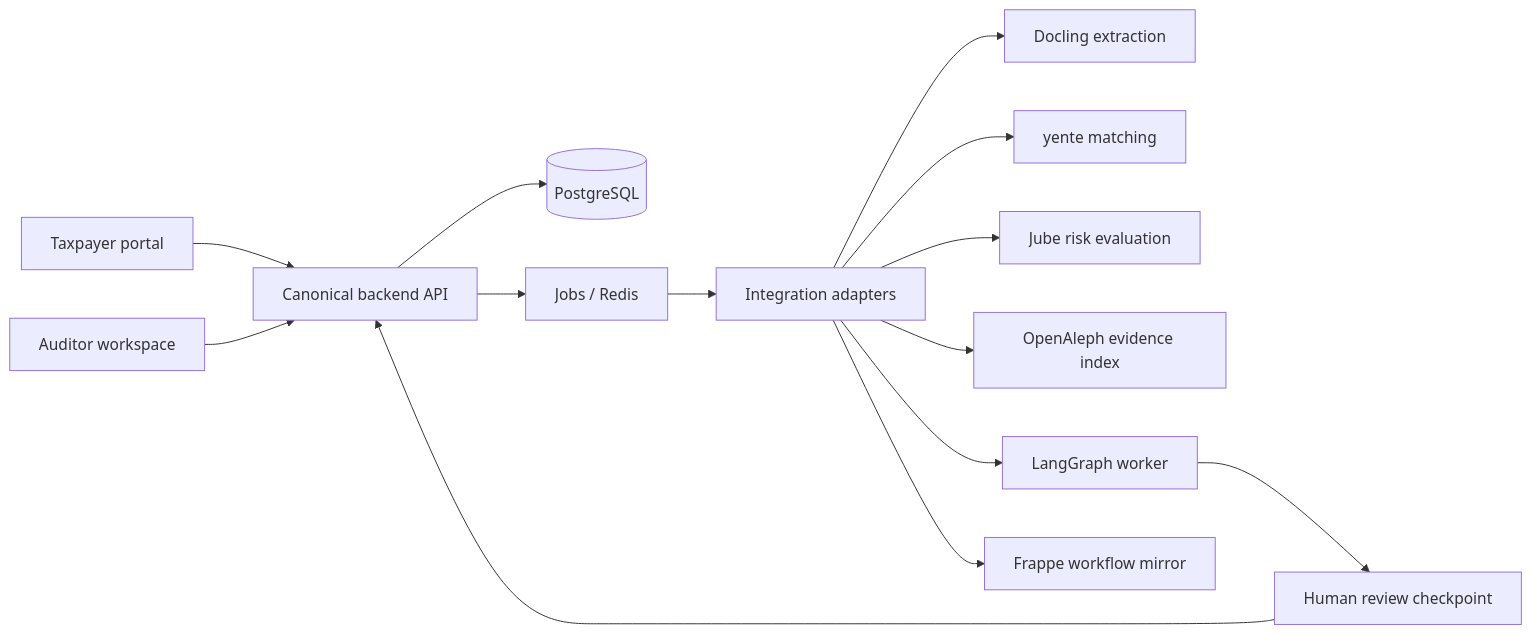
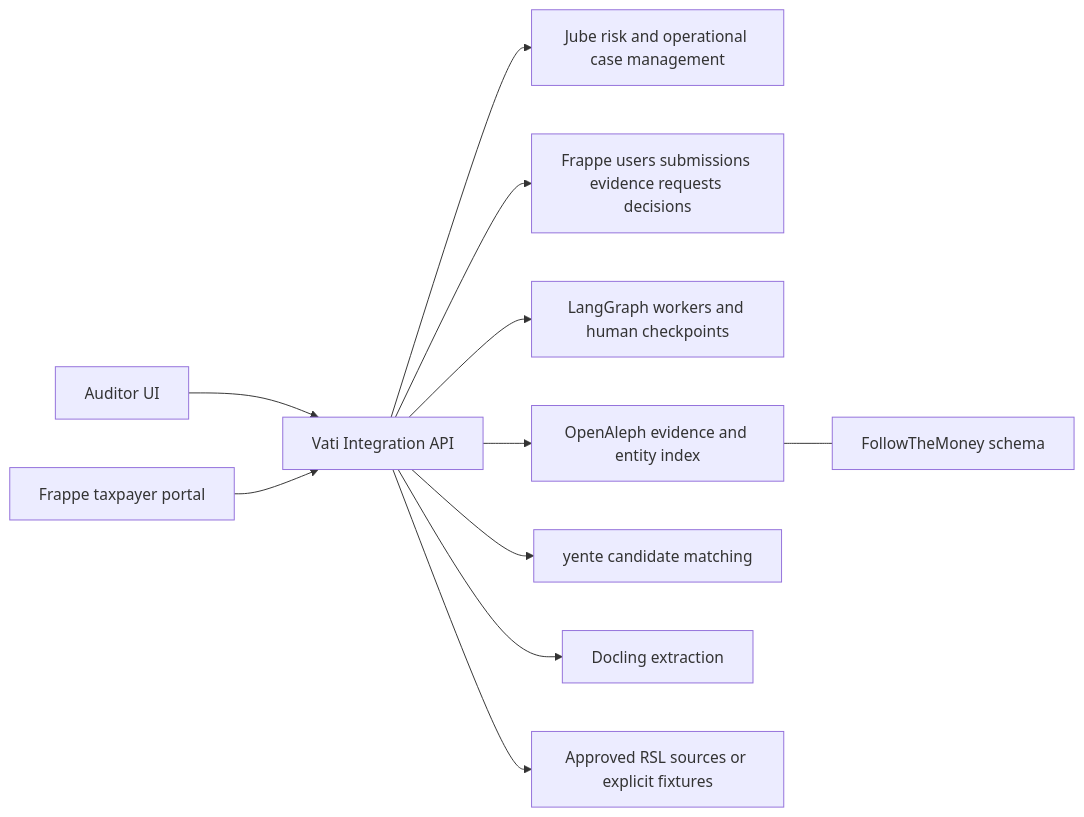
The diagram in docs/ARCHITECTURE.md (Vati-AI/rsl-taxathon), drawn with Mermaid before and after one commit. The commit also changed other lines of this file and 159 other files, not shown here.

First line of the commit message:
feat(TAX-017): complete team coding workspace and agent workflow (#17)

````diff
--- a/docs/ARCHITECTURE.md
+++ b/docs/ARCHITECTURE.md
@@ -3,16 +3,13 @@
 ```mermaid
 flowchart LR
-  T[Taxpayer portal] --> B[Canonical backend API]
-  A[Auditor workspace] --> B
-  B --> DB[(PostgreSQL)]
-  B --> Q[Jobs / Redis]
-  Q --> I[Integration adapters]
-  I --> D[Docling extraction]
-  I --> Y[yente matching]
-  I --> J[Jube risk evaluation]
-  I --> O[OpenAleph evidence index]
-  I --> G[LangGraph worker]
-  I --> F[Frappe workflow mirror]
-  G --> H[Human review checkpoint]
-  H --> B
+  A[Auditor UI] --> V[Vati Integration API]
+  T[Frappe taxpayer portal] --> V
+  V --> J[Jube risk and operational case management]
+  V --> F[Frappe users submissions evidence requests decisions]
+  V --> L[LangGraph workers and human checkpoints]
+  V --> O[OpenAleph evidence and entity index]
+  O --- M[FollowTheMoney schema]
+  V --> Y[yente candidate matching]
+  V --> D[Docling extraction]
+  V --> X[Approved RSL sources or explicit fixtures]
 ```
````
